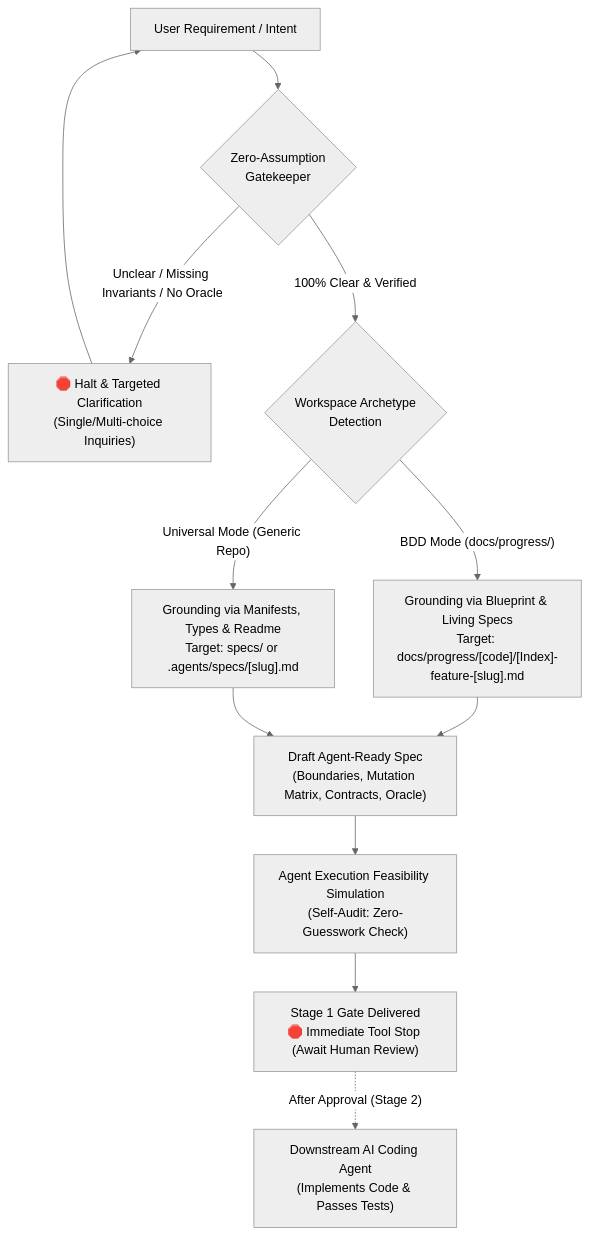
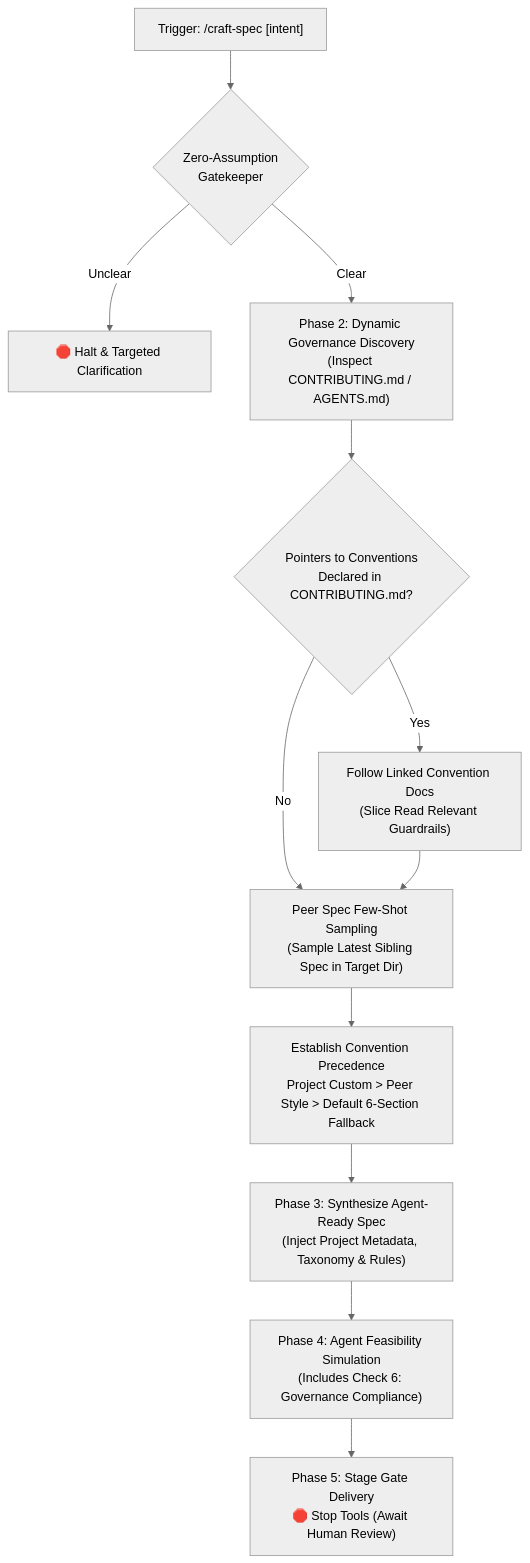
The fourth of 6 diagrams in docs/reference/workflow-governance.md (josudoey/skills), drawn with Mermaid (neutral theme) before and after one commit. The commit also changed other lines of this file and 1 other file, not shown here.

Commit message:
docs(workflow): settle craft-spec dynamic governance and contributing grounding into living reference

````diff
--- a/docs/reference/workflow-governance.md
+++ b/docs/reference/workflow-governance.md
@@ -316,20 +334,16 @@
 ```mermaid
 flowchart TD
-    UserReq["User Requirement / Intent"] --> Gate{"Zero-Assumption\nGatekeeper"}
+    Trigger["Trigger: /craft-spec [intent]"] --> Gate{"Zero-Assumption\nGatekeeper"}
+    Gate -- "Unclear" --> Halt["🛑 Halt & Targeted Clarification"]
     
-    Gate -- "Unclear / Missing Invariants / No Oracle" --> Clarify["🛑 Halt & Targeted Clarification\n(Single/Multi-choice Inquiries)"]
-    Clarify --> UserReq
+    Gate -- "Clear" --> GovProbe["Phase 2: Dynamic Governance Discovery\n(Inspect CONTRIBUTING.md / AGENTS.md)"]
+    GovProbe --> PointerChase{"Pointers to Conventions\nDeclared in CONTRIBUTING.md?"}
+    PointerChase -- "Yes" --> FollowLinks["Follow Linked Convention Docs\n(Slice Read Relevant Guardrails)"]
+    PointerChase -- "No" --> PeerSample["Peer Spec Few-Shot Sampling\n(Sample Latest Sibling Spec in Target Dir)"]
+    FollowLinks --> PeerSample
     
-    Gate -- "100% Clear & Verified" --> Archetype{"Workspace Archetype\nDetection"}
-    
-    Archetype -- "BDD Mode (docs/progress/)" --> GroundBDD["Grounding via Blueprint & Living Specs\nTarget: docs/progress/[code]/[Index]-feature-[slug].md"]
-    Archetype -- "Universal Mode (Generic Repo)" --> GroundUni["Grounding via Manifests, Types & Readme\nTarget: specs/ or .agents/specs/[slug].md"]
-    
-    GroundBDD --> Draft["Draft Agent-Ready Spec\n(Boundaries, Mutation Matrix, Contracts, Oracle)"]
-    GroundUni --> Draft
-    
-    Draft --> Sim["Agent Execution Feasibility Simulation\n(Self-Audit: Zero-Guesswork Check)"]
-    Sim --> Stage1Done["Stage 1 Gate Delivered\n🛑 Immediate Tool Stop (Await Human Review)"]
-    
-    Stage1Done -.->|"After Approval (Stage 2)"| Downstream["Downstream AI Coding Agent\n(Implements Code & Passes Tests)"]
+    PeerSample --> Precedence["Establish Convention Precedence\nProject Custom > Peer Style > Default 6-Section Fallback"]
+    Precedence --> Synthesize["Phase 3: Synthesize Agent-Ready Spec\n(Inject Project Metadata, Taxonomy & Rules)"]
+    Synthesize --> Audit["Phase 4: Agent Feasibility Simulation\n(Includes Check 6: Governance Compliance)"]
+    Audit --> Freeze["Phase 5: Stage Gate Delivery\n🛑 Stop Tools (Await Human Review)"]
 ```
````
